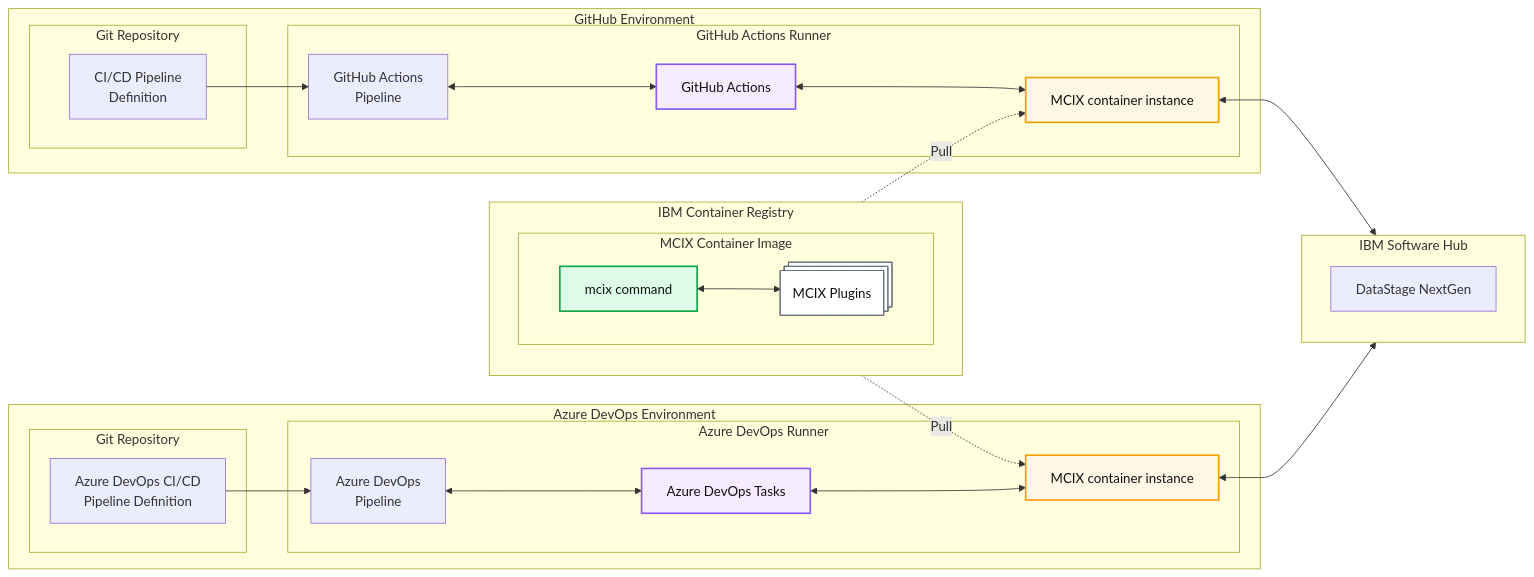
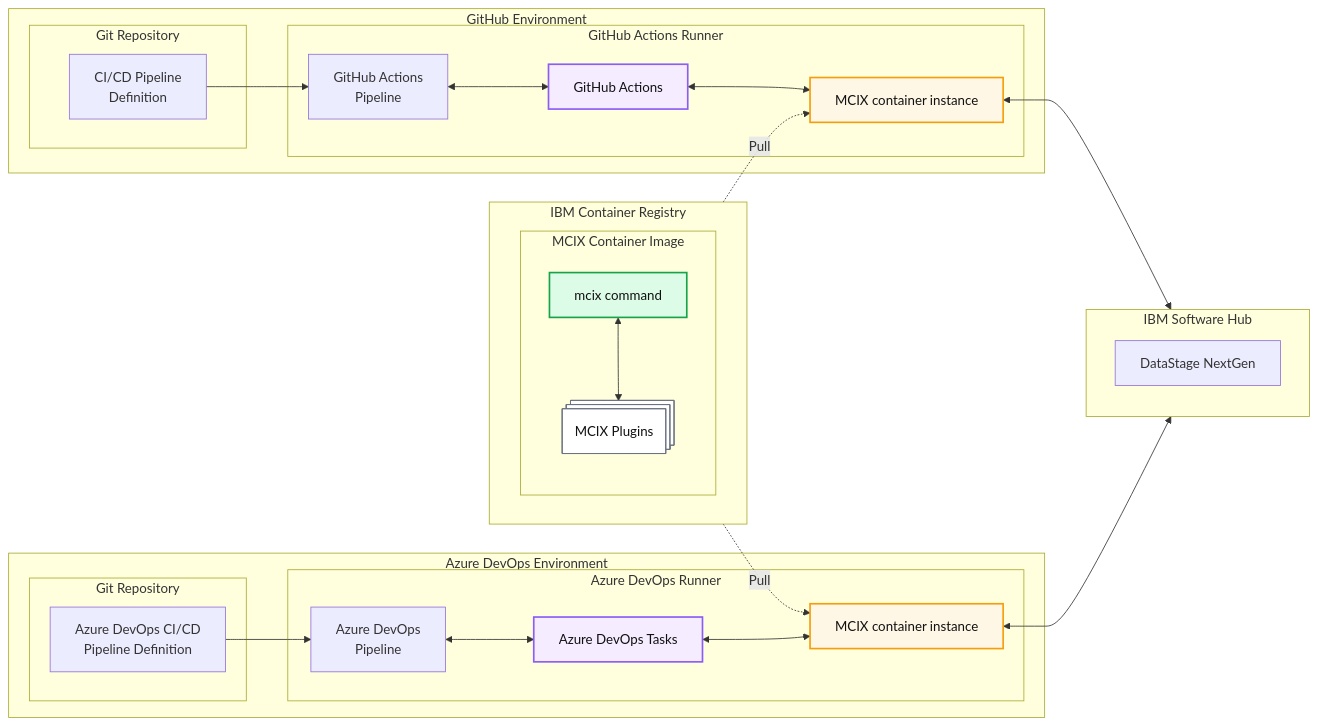
One commit to MettleCI/mcix changed the diagram in ARCHITECTURE.md. Above: the diagram before and after it, drawn with Mermaid.

Commit message:
Change direction of IBM Container Registry diagram

```diff
--- a/ARCHITECTURE.md
+++ b/ARCHITECTURE.md
@@ -36,7 +36,7 @@
   %% Registry
   %% =========================
   subgraph REG["IBM Container Registry"]
-      direction TB
+      direction LR
 
       %% Image internals
       subgraph IMG["MCIX Container Image"]
```
